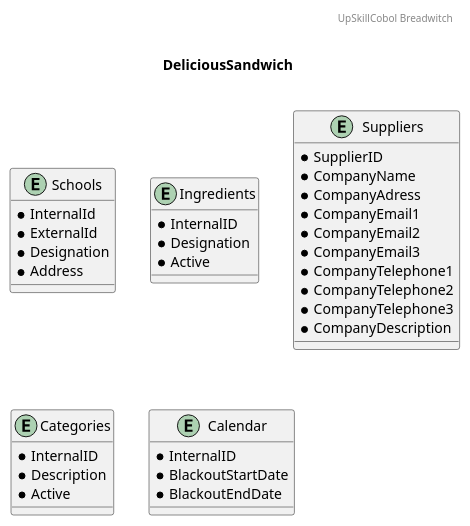
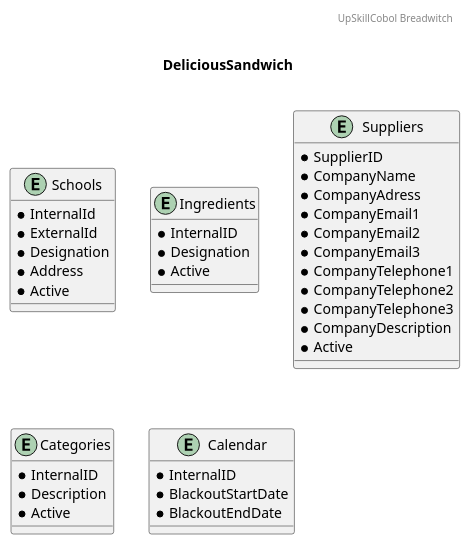
The diagram in Part2/documentation/ER_DeliciousSandwich.puml (UpSkillCobol/lab2), drawn with PlantUML before and after one commit.

Commit message:
Update ER_DeliciousSandwich.puml
Small update in the ER Diagrams.
#9

```diff
--- a/Part2/documentation/ER_DeliciousSandwich.puml
+++ b/Part2/documentation/ER_DeliciousSandwich.puml
@@ -1,47 +1,49 @@
 @startuml
 header
 UpSkillCobol Breadwitch
 endheader
 
 title \nDeliciousSandwich\n
 /' This is a Logical data model - see the level of details '/
 
 entity Schools {
   * InternalId
   * ExternalId
   * Designation
   * Address
+  * Active
 }
 
 entity Ingredients {
   * InternalID
   * Designation
   * Active
 }
 
 entity Suppliers {
   * SupplierID
   * CompanyName
   * CompanyAdress
   * CompanyEmail1
   * CompanyEmail2
   * CompanyEmail3
   * CompanyTelephone1
   * CompanyTelephone2
   * CompanyTelephone3
   * CompanyDescription
+  * Active
 }
 
 entity Categories {
   * InternalID
   * Description
   * Active
 }
 
 entity Calendar {
   * InternalID
   * BlackoutStartDate
   * BlackoutEndDate
 }
 
 @enduml
```
